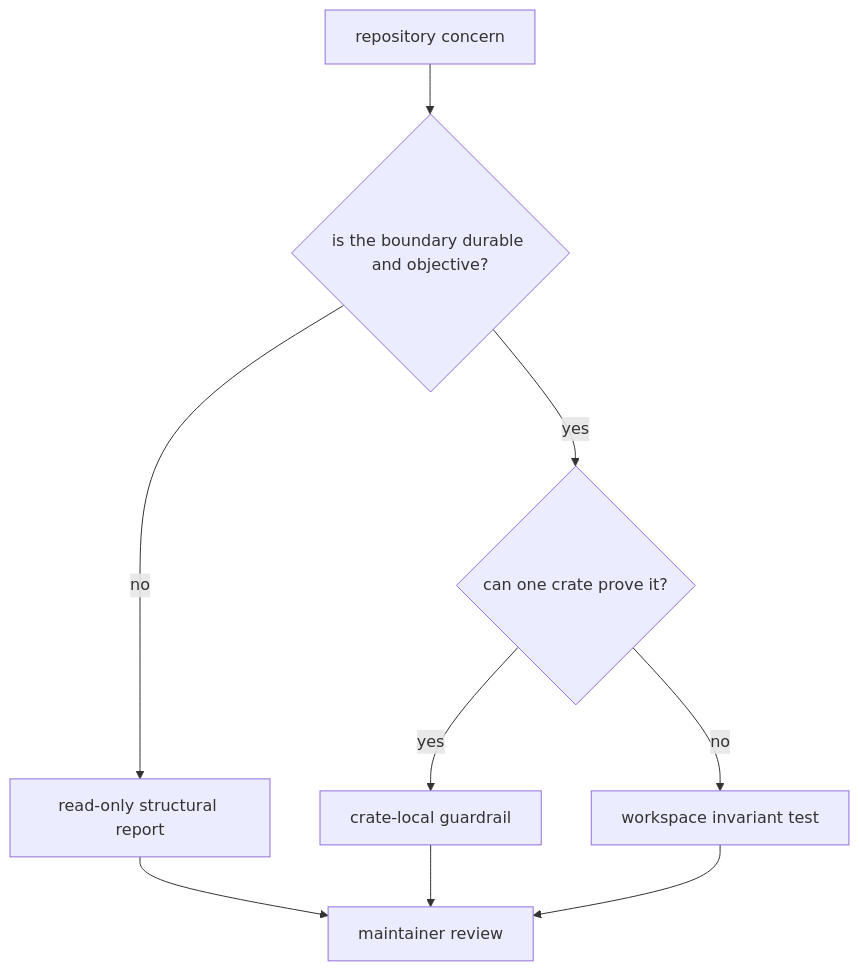
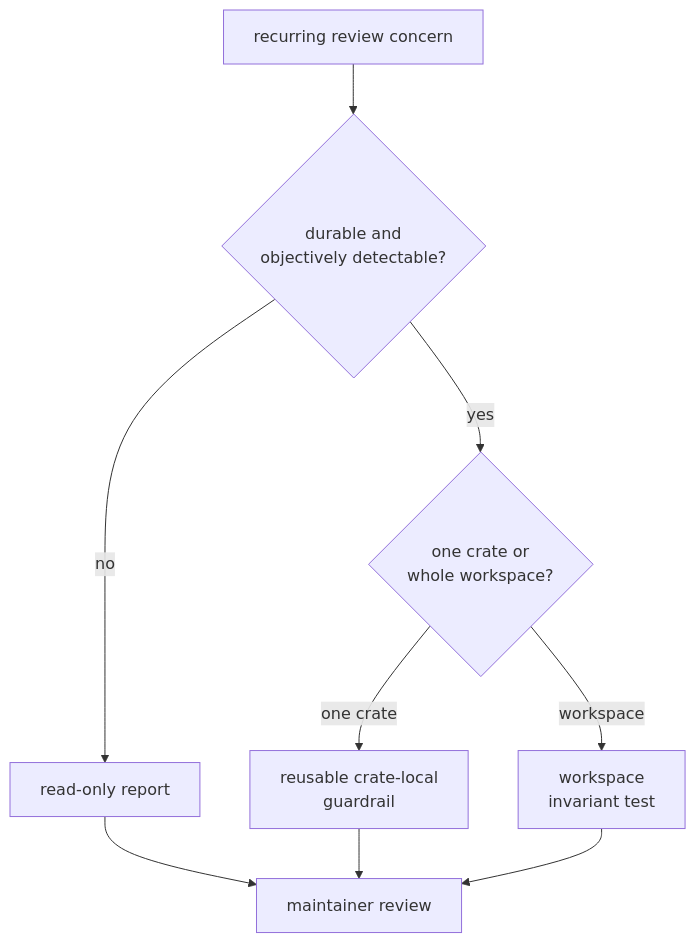
The first of 2 diagrams in crates/bijux-gnss-policies/README.md (bijux/bijux-telecom), drawn with Mermaid before and after one commit. The commit also changed other lines of this file and 1 other file, not shown here.

Commit message:
docs(quality): bound policy checks and test evidence

````diff
--- a/crates/bijux-gnss-policies/README.md
+++ b/crates/bijux-gnss-policies/README.md
@@ -14,16 +14,16 @@
 ```mermaid
 flowchart TD
-    concern["repository concern"]
-    stable{"is the boundary durable and objective?"}
-    local{"can one crate prove it?"}
-    guardrail["crate-local guardrail"]
-    workspace["workspace invariant test"]
-    report["read-only structural report"]
+    concern["recurring review concern"]
+    objective{"durable and<br/>objectively detectable?"}
+    scope{"one crate or<br/>whole workspace?"}
+    local["reusable crate-local<br/>guardrail"]
+    workspace["workspace<br/>invariant test"]
+    report["read-only report"]
     review["maintainer review"]
 
-    concern --> stable
-    stable -->|"no"| report --> review
-    stable -->|"yes"| local
-    local -->|"yes"| guardrail --> review
-    local -->|"no"| workspace --> review
+    concern --> objective
+    objective -->|"no"| report --> review
+    objective -->|"yes"| scope
+    scope -->|"one crate"| local --> review
+    scope -->|"workspace"| workspace --> review
 ```
````
